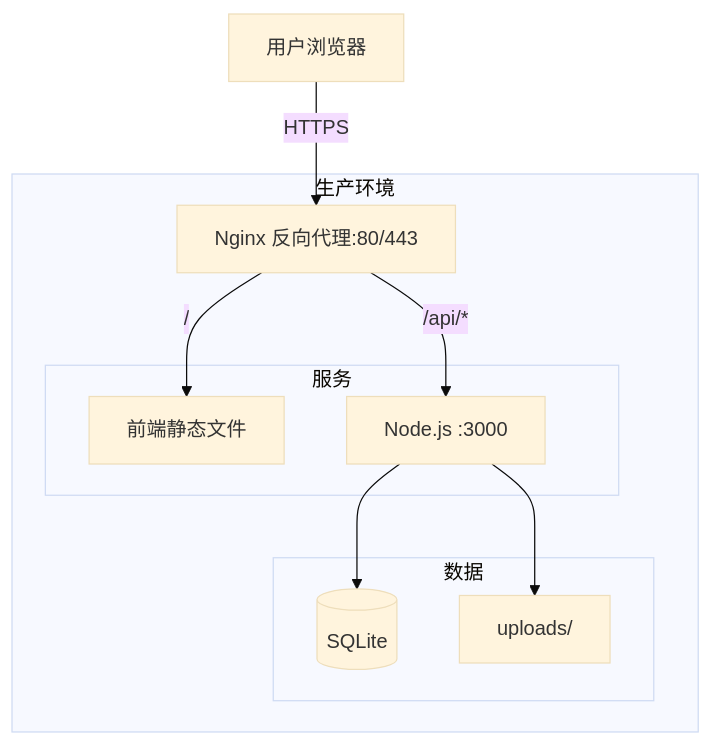
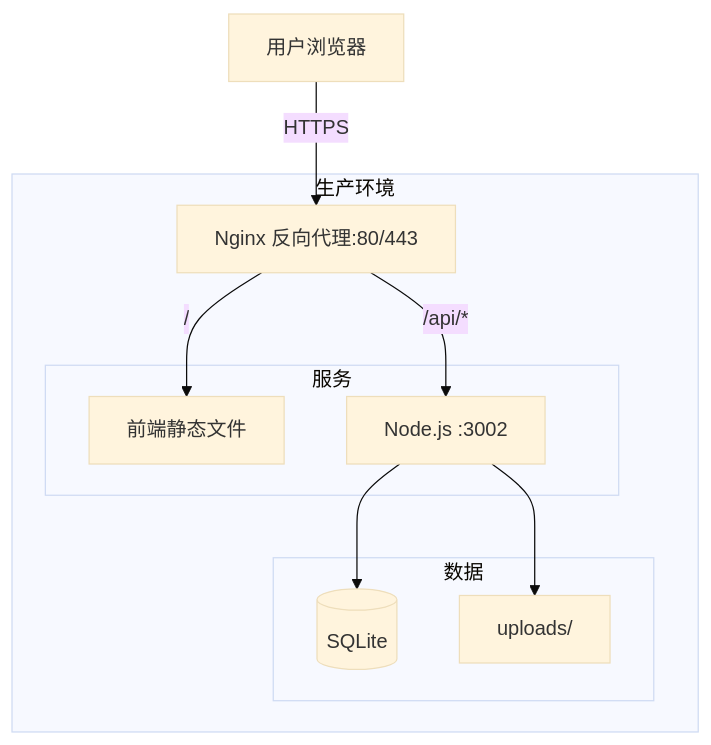
Before and after one commit to zweien/asset-anagement-system: the eighth of 9 diagrams in docs/DIAGRAMS.md, drawn with Mermaid (base theme). The commit also changed 4 other files, not shown here.

````diff
--- a/docs/DIAGRAMS.md
+++ b/docs/DIAGRAMS.md
@@ -275,22 +275,22 @@
 ```mermaid
 flowchart TB
     subgraph Production["生产环境"]
         Nginx[Nginx 反向代理:80/443]
 
         subgraph Services["服务"]
             FE[前端静态文件]
-            BE[Node.js :3000]
+            BE[Node.js :3002]
         end
 
         subgraph Data["数据"]
             SQLite[(SQLite)]
             Uploads[uploads/]
         end
     end
 
     Client[用户浏览器] -->|HTTPS| Nginx
     Nginx -->|/| FE
     Nginx -->|/api/*| BE
     BE --> SQLite
     BE --> Uploads
 ```
````
